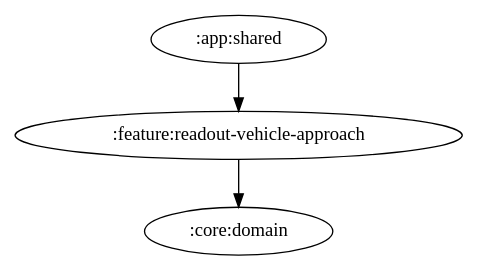
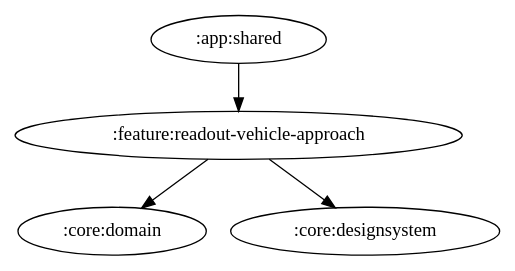
The diagram in docs/graphs/feature-readout-vehicle-approach.gv (ai-kurou/KoDriver), drawn with Graphviz before and after one commit. The commit also changed 6 other files, not shown here.

Commit message:
chore: update module graph images [skip ci]

```diff
--- a/docs/graphs/feature-readout-vehicle-approach.gv
+++ b/docs/graphs/feature-readout-vehicle-approach.gv
@@ -1,4 +1,5 @@
 digraph G {
   ":app:shared" -> ":feature:readout-vehicle-approach"
   ":feature:readout-vehicle-approach" -> ":core:domain"
+  ":feature:readout-vehicle-approach" -> ":core:designsystem"
 }
```
